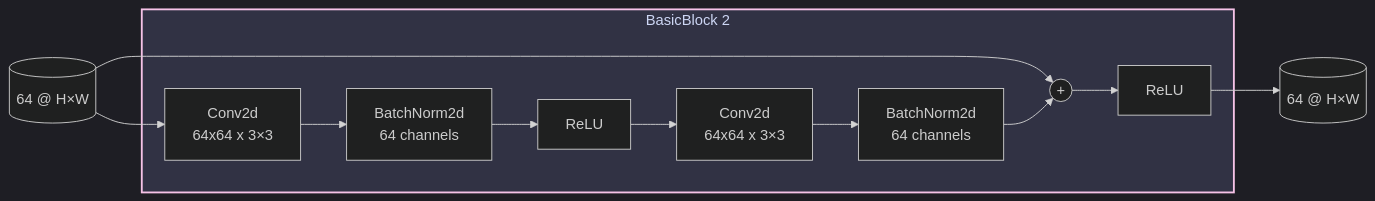
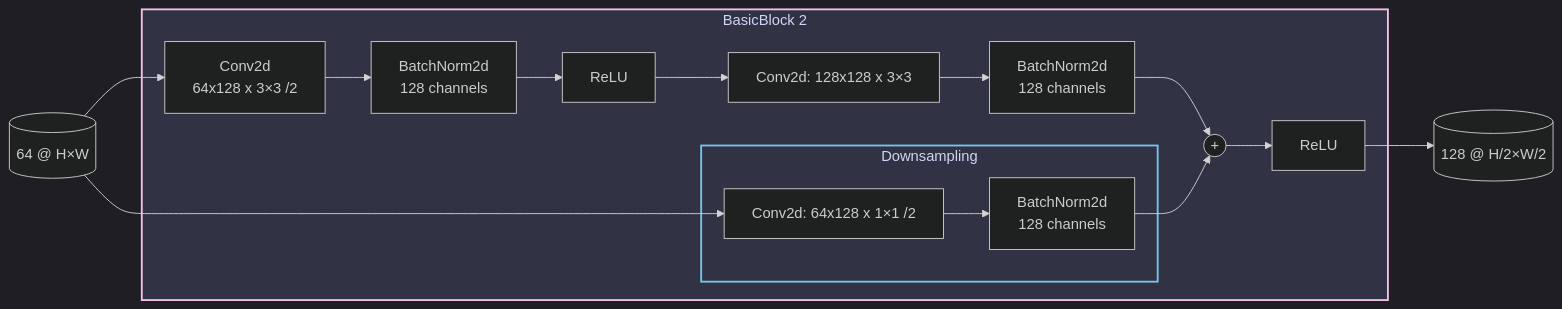
One commit to dicaeopolis/dicaeopolis.github.io changed the fifth of 5 diagrams in docs/Image-models-replication.md. Above: the diagram before and after it, drawn with Mermaid. The commit also changed other lines of this file, not shown here.

````diff
--- a/docs/Image-models-replication.md
+++ b/docs/Image-models-replication.md
@@ -1164,31 +1156,39 @@
 ```mermaid
 %%{init: {'theme': 'dark', 'themeVariables': { 'darkMode': true, 'primaryColor': '#1e1e2e', 'edgeLabelBackground':'#313244', 'tertiaryColor': '#181825'}}}%%
 graph LR
     %% Styling definitions
     classDef box fill:#313244,stroke:#cdd6f4,stroke-width:2px,color:#cdd6f4,radius:8px;
     classDef residual fill:#313244,stroke:#f5c2e7,stroke-width:2px,color:#cdd6f4;
+    classDef downsample fill:#313244,stroke:#74c7ec,stroke-width:2px,color:#cdd6f4;
 
-    %% BasicBlock Structure (No Downsample)
-    subgraph BasicBlockNoDS["BasicBlock 2"]
-        A["Conv2d <br> 64x64 x 3×3"] 
-        B["BatchNorm2d <br> 64 channels"]
+    %% BasicBlock Structure (With Downsample)
+    subgraph BasicBlockWithDS["BasicBlock 2"]
+        A["Conv2d <br> 64x128 x 3×3 /2"] 
+        B["BatchNorm2d <br> 128 channels"]
         C["ReLU"]
-        D["Conv2d <br> 64x64 x 3×3"] 
-        E["BatchNorm2d <br> 64 channels"]
+        D["Conv2d: 128x128 x 3×3"] 
+        E["BatchNorm2d <br> 128 channels"]
         F(("+"))
         G["ReLU"]
+        
+        subgraph Downsample["Downsampling"]
+            H["Conv2d: 64x128 x 1×1 /2"]
+            I["BatchNorm2d <br> 128 channels"]
+        end
     end
     
     %% Input
     Input[("64 @ H×W")] --> A
-    Input --> F
+    Input --> H
     
     %% Connections
     A --> B --> C --> D --> E --> F
+    H --> I --> F
     F --> G
     
     %% Output
-    G --> Output[("64 @ H×W")]
+    G --> Output[("128 @ H/2×W/2")]
     
-    class BasicBlockNoDS residual;
+    class BasicBlockWithDS residual;
+    class Downsample downsample;
 ```
````
